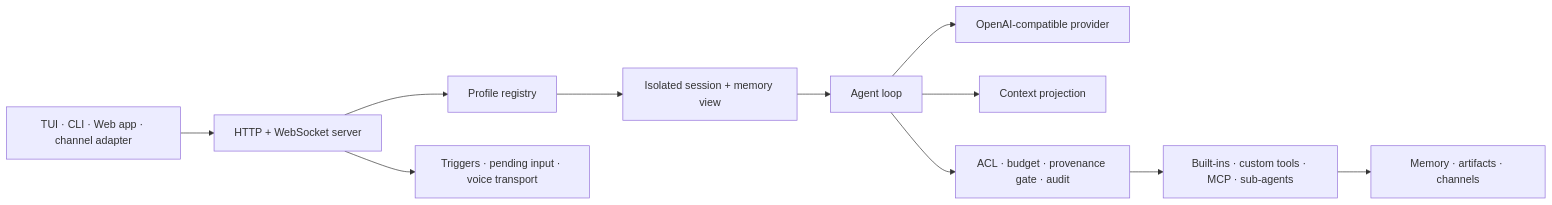
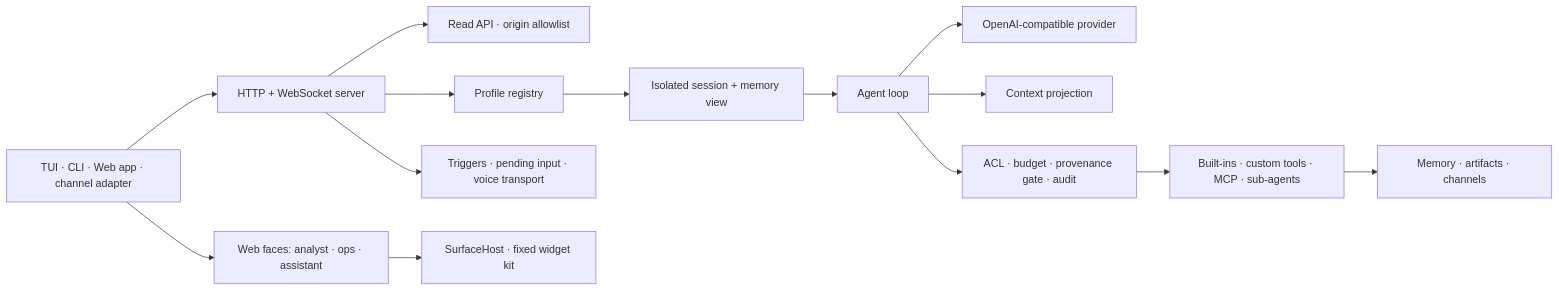
One commit to pankyada/base changed the diagram in docs-site/architecture.md. Above: the diagram before and after it, drawn with Mermaid. The commit also changed other lines of this file and 40 other files, not shown here.

Commit message:
feat(web): generative surfaces + widget kit (#27)

````diff
--- a/docs-site/architecture.md
+++ b/docs-site/architecture.md
@@ -18,13 +18,16 @@
 ```mermaid
 flowchart LR
   C["TUI · CLI · Web app · channel adapter"] --> T["HTTP + WebSocket server"]
+  T --> Q["Read API · origin allowlist"]
+  C --> W["Web faces: analyst · ops · assistant"]
+  W --> H["SurfaceHost · fixed widget kit"]
   T --> R["Profile registry"]
   R --> S["Isolated session + memory view"]
   S --> L["Agent loop"]
   L --> P["OpenAI-compatible provider"]
   L --> X["Context projection"]
   L --> G["ACL · budget · provenance gate · audit"]
   G --> E["Built-ins · custom tools · MCP · sub-agents"]
   E --> M["Memory · artifacts · channels"]
   T --> A["Triggers · pending input · voice transport"]
 ```
````
